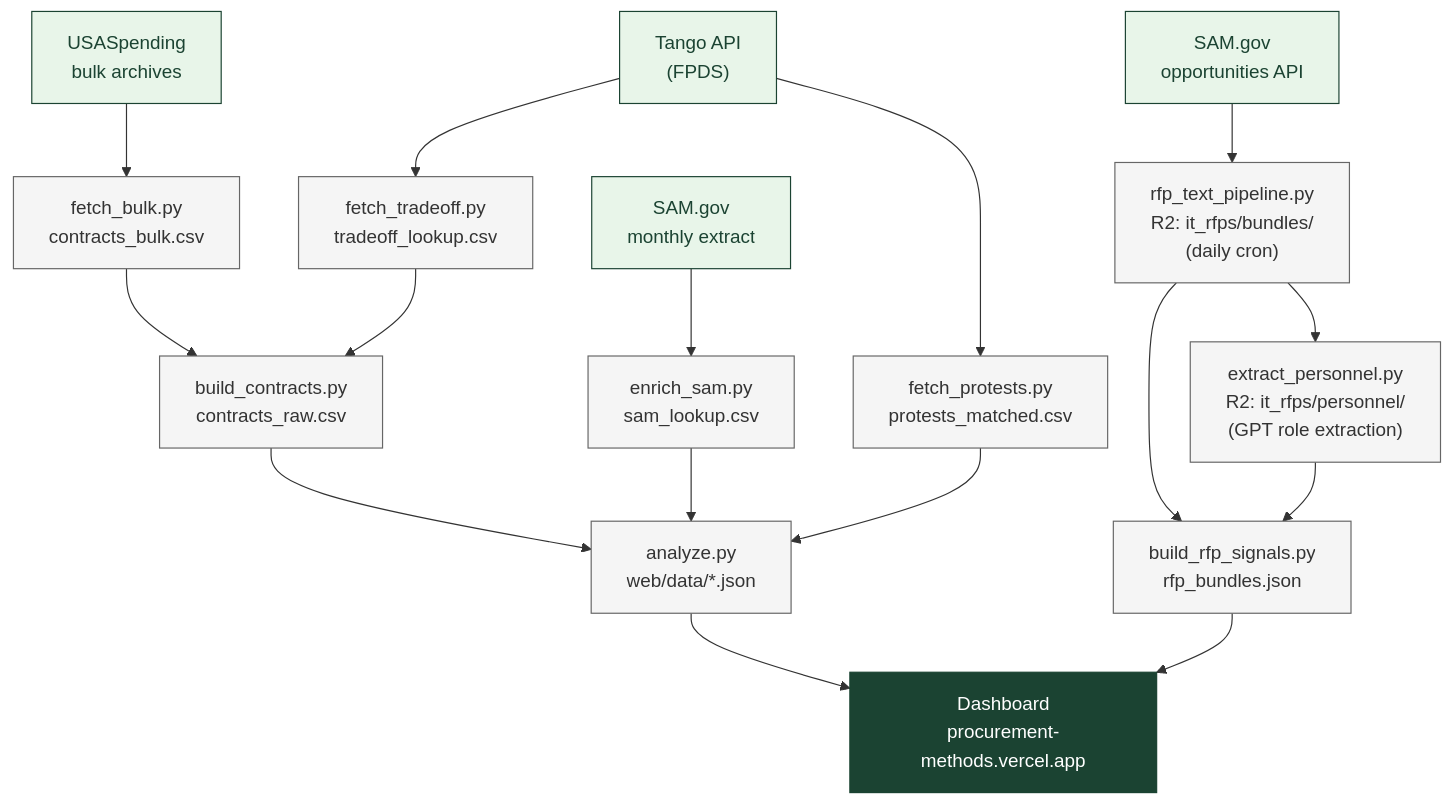
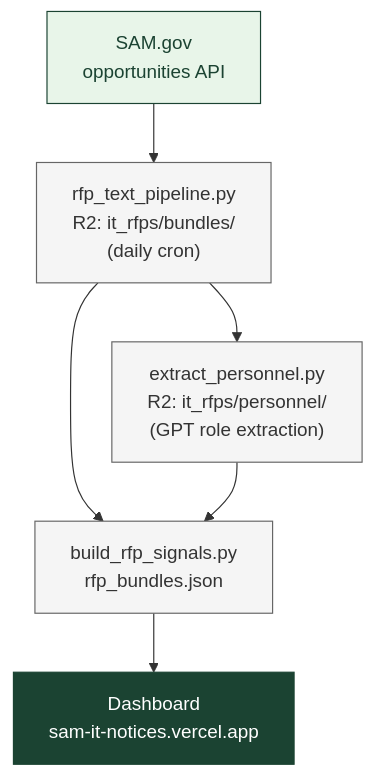
Before and after one commit to abigailhaddad/sam-it-notices: the diagram in README.md, drawn with Mermaid. The commit also changed other lines of this file and 33 other files, not shown here.

First line of the commit message:
Rip out dead contracts/Tango pipeline; fix filters; gate deploy on tests

````diff
--- a/README.md
+++ b/README.md
@@ -82,25 +45,12 @@
 ```mermaid
 flowchart TD
-    USA["USASpending\nbulk archives"]:::src --> BULK["fetch_bulk.py\ncontracts_bulk.csv"]:::step
-    TANGO["Tango API\n(FPDS)"]:::src --> TF["fetch_tradeoff.py\ntradeoff_lookup.csv"]:::step
-    TANGO --> FP["fetch_protests.py\nprotests_matched.csv"]:::step
-    SAM["SAM.gov\nmonthly extract"]:::src --> ES["enrich_sam.py\nsam_lookup.csv"]:::step
-
-    BULK --> BC["build_contracts.py\ncontracts_raw.csv"]:::step
-    TF --> BC
-    BC --> AZ["analyze.py\nweb/data/*.json"]:::step
-    ES --> AZ
-    FP --> AZ
-
-    SAM2["SAM.gov\nopportunities API"]:::src --> RTP["rfp_text_pipeline.py\nR2: it_rfps/bundles/\n(daily cron)"]:::step
+    SAM["SAM.gov\nopportunities API"]:::src --> RTP["rfp_text_pipeline.py\nR2: it_rfps/bundles/\n(daily cron)"]:::step
     RTP --> EP["extract_personnel.py\nR2: it_rfps/personnel/\n(GPT role extraction)"]:::step
     RTP --> BRS["build_rfp_signals.py\nrfp_bundles.json"]:::step
     EP --> BRS
-
-    AZ --> DASH["Dashboard\nprocurement-methods.vercel.app"]:::out
-    BRS --> DASH
+    BRS --> DASH["Dashboard\nsam-it-notices.vercel.app"]:::out
 
     classDef src  fill:#e8f5e9,stroke:#1B4332,color:#1B4332
     classDef step fill:#f5f5f5,stroke:#666,color:#333
     classDef out  fill:#1B4332,stroke:#1B4332,color:#fff
 ```
````
